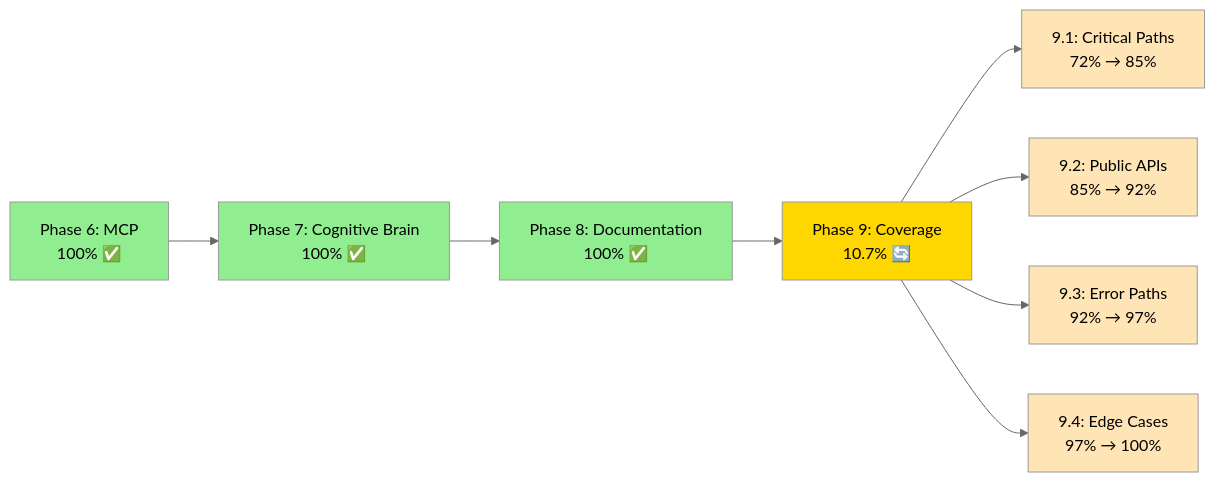
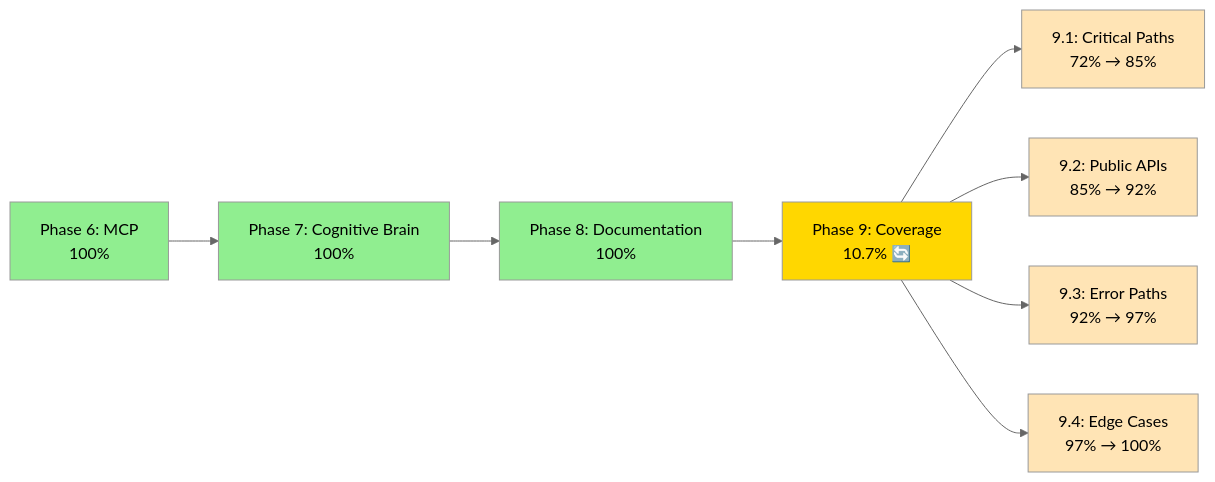
One commit to Aries-Serpent/_codex_ changed the first of 4 diagrams in docs/maintenance/DIAGRAM_UPDATE_SYSTEM.md. Above: the diagram before and after it, drawn with Mermaid (neutral theme). The commit also changed other lines of this file and 2029 other files, not shown here.

````diff
--- a/docs/maintenance/DIAGRAM_UPDATE_SYSTEM.md
+++ b/docs/maintenance/DIAGRAM_UPDATE_SYSTEM.md
@@ -66,21 +68,21 @@
 ```mermaid
-%%{init: {'accessibility': {'title': 'Flowchart showing Phase 6: MCP<br/>100% ✅, Phase 7: Cognitive Brain<br/>100% ✅'}}%%
+%%{init: {'accessibility': {'title': 'Flowchart showing Phase 6: MCP<br/>100% , Phase 7: Cognitive Brain<br/>100% '}}%%
 graph LR
-    P6[Phase 6: MCP<br/>100% ✅] --> P7[Phase 7: Cognitive Brain<br/>100% ✅]
-    P7 --> P8[Phase 8: Documentation<br/>100% ✅]
+    P6[Phase 6: MCP<br/>100% ] --> P7[Phase 7: Cognitive Brain<br/>100% ]
+    P7 --> P8[Phase 8: Documentation<br/>100% ]
     P8 --> P9[Phase 9: Coverage<br/>10.7% 🔄]
 
     P9 --> P91[9.1: Critical Paths<br/>72% → 85%]
     P9 --> P92[9.2: Public APIs<br/>85% → 92%]
     P9 --> P93[9.3: Error Paths<br/>92% → 97%]
     P9 --> P94[9.4: Edge Cases<br/>97% → 100%]
 
     style P6 fill:#90EE90
     style P7 fill:#90EE90
     style P8 fill:#90EE90
     style P9 fill:#FFD700
     style P91 fill:#FFE4B5
     style P92 fill:#FFE4B5
     style P93 fill:#FFE4B5
     style P94 fill:#FFE4B5
 ```
````
